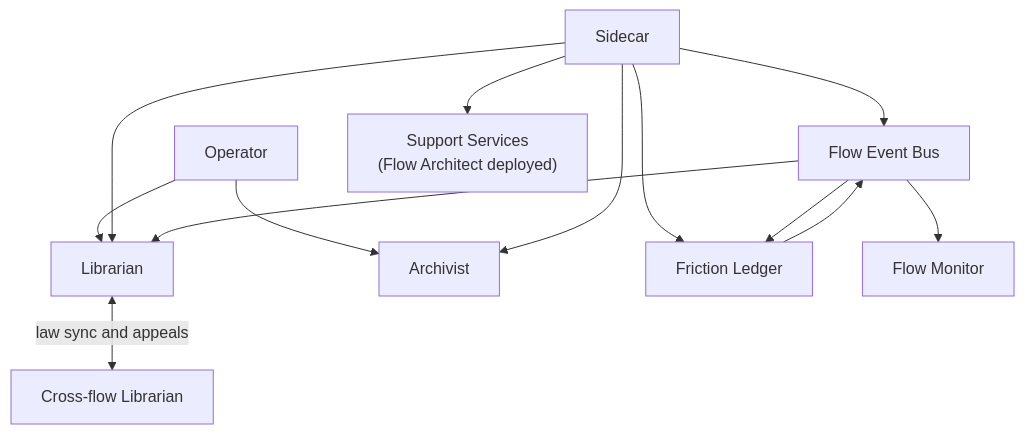
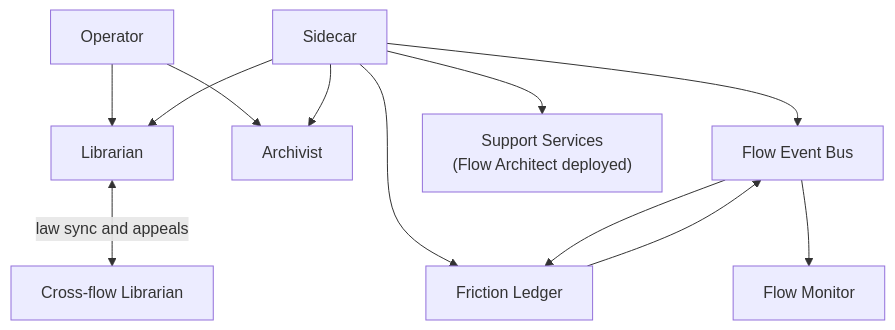
One commit to really-knows-ai/gideas changed the first of 4 diagrams in specs/02-flow/04-system-services.md. Above: the diagram before and after it, drawn with Mermaid. The commit also changed other lines of this file and 116 other files, not shown here.

````diff
--- a/specs/02-flow/04-system-services.md
+++ b/specs/02-flow/04-system-services.md
@@ -19,20 +19,18 @@
 ```mermaid
 flowchart TD
     OP["Operator"] --> LB["Librarian"]
     OP --> AR["Archivist"]
 
     SC["Sidecar"] --> LB
     SC --> AR
     SC --> EB["Flow Event Bus"]
     SC --> FL["Friction Ledger"]
 
     SC --> SS["Support Services<br/>(Flow Architect deployed)"]
 
     EB --> FL
     EB --> FM["Flow Monitor"]
     FL --> EB
 
-    EB --> LB
-
     LB <-->|"law sync and appeals"| XFL["Cross-flow Librarian"]
 ```
````
